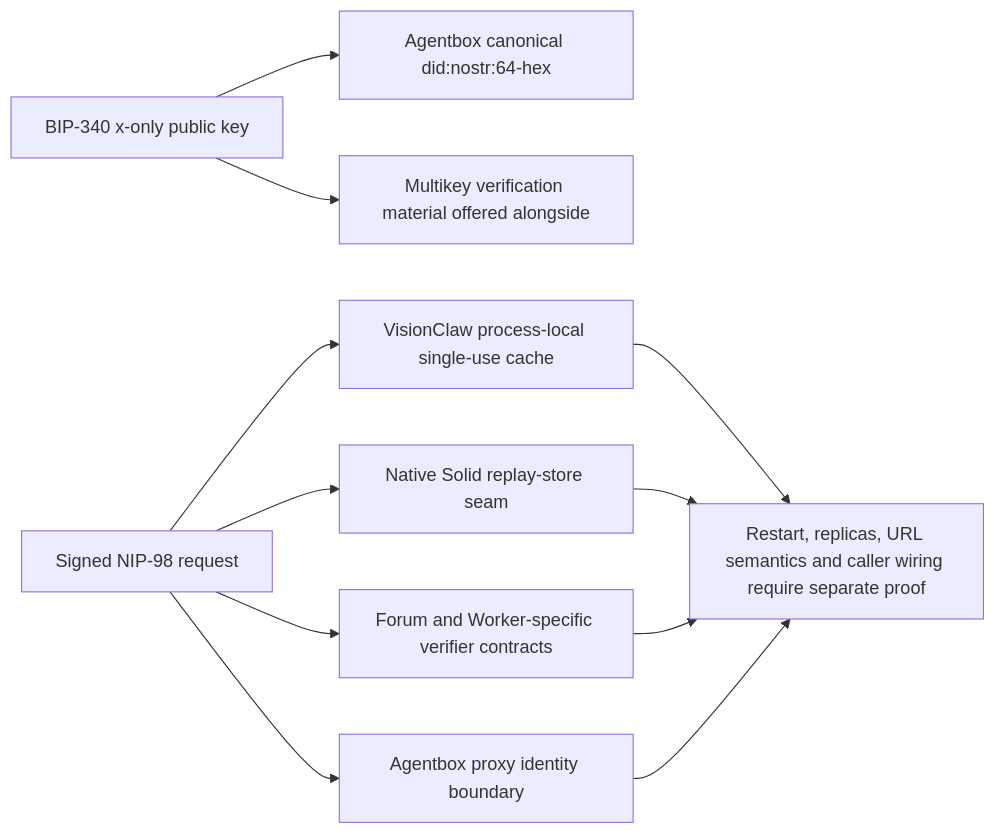
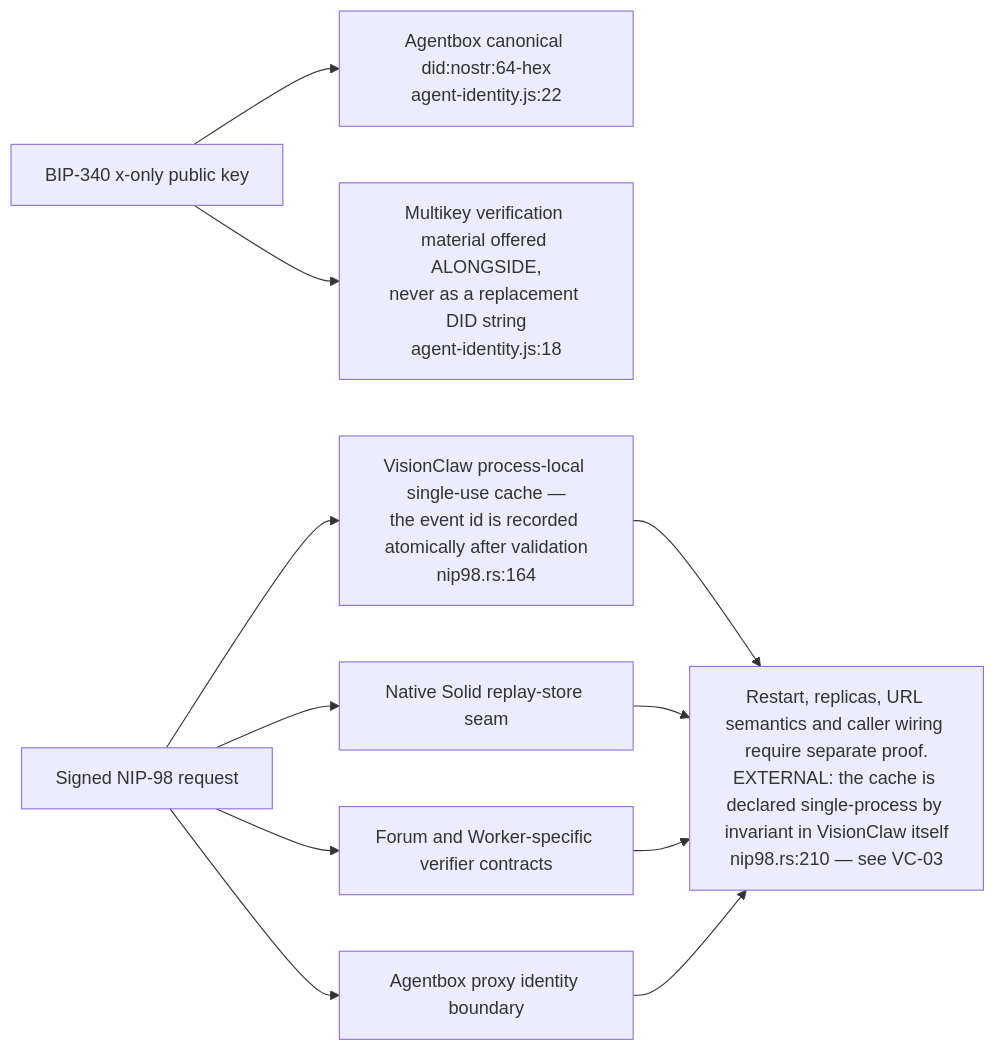
Before and after one commit to DreamLab-AI/VisionFlow: the second of 10 diagrams in docs/diagrams/visionflow/08-compatibility-and-dependency-direction.md, drawn with Mermaid. The commit also changed other lines of this file and 7 other files, not shown here.

````diff
--- a/docs/diagrams/visionflow/08-compatibility-and-dependency-direction.md
+++ b/docs/diagrams/visionflow/08-compatibility-and-dependency-direction.md
@@ -71,13 +71,13 @@
 ```mermaid
 flowchart LR
-    KEY["BIP-340 x-only public key"] --> DID["Agentbox canonical did:nostr:64-hex"]
-    KEY --> MULTI["Multikey verification material offered alongside"]
-    REQ["Signed NIP-98 request"] --> VC["VisionClaw process-local single-use cache"]
+    KEY["BIP-340 x-only public key"] --> DID["Agentbox canonical did:nostr:64-hex<br/>agent-identity.js:22"]
+    KEY --> MULTI["Multikey verification material offered ALONGSIDE,<br/>never as a replacement DID string<br/>agent-identity.js:18"]
+    REQ["Signed NIP-98 request"] --> VC["VisionClaw process-local single-use cache —<br/>the event id is recorded atomically after validation<br/>nip98.rs:164"]
     REQ --> POD["Native Solid replay-store seam"]
     REQ --> EDGE["Forum and Worker-specific verifier contracts"]
     REQ --> AB["Agentbox proxy identity boundary"]
-    VC --> LIMIT["Restart, replicas, URL semantics and caller wiring require separate proof"]
+    VC --> LIMIT["Restart, replicas, URL semantics and caller wiring require separate proof.<br/>EXTERNAL: the cache is declared single-process by invariant in VisionClaw itself<br/>nip98.rs:210 — see VC-03"]
     POD --> LIMIT
     EDGE --> LIMIT
     AB --> LIMIT
 ```
````
